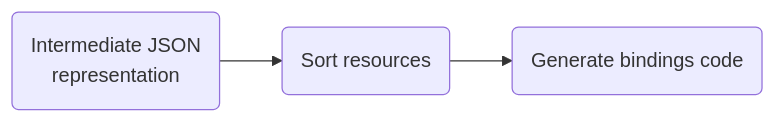
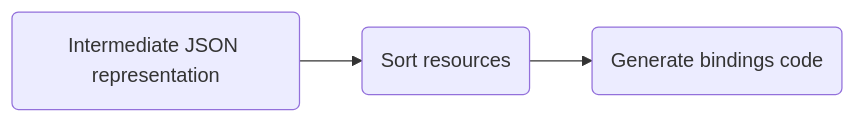
One commit to Ayowel/2025-CdL-c-lib-in-python changed the diagram in resources/mermaid/map_json_to_python.mermaid. Above: the diagram before and after it, drawn with Mermaid. The commit also changed 9 other files, not shown here.

```diff
--- a/resources/mermaid/map_json_to_python.mermaid
+++ b/resources/mermaid/map_json_to_python.mermaid
@@ -1,6 +1,6 @@
 graph LR;
-  ir2(Intermediate JSON\nrepresentation);
+  ir2(Intermediate JSON representation);
   resolve(Sort resources);
   generate(Generate bindings code);
 
   ir2 --> resolve --> generate;
```
